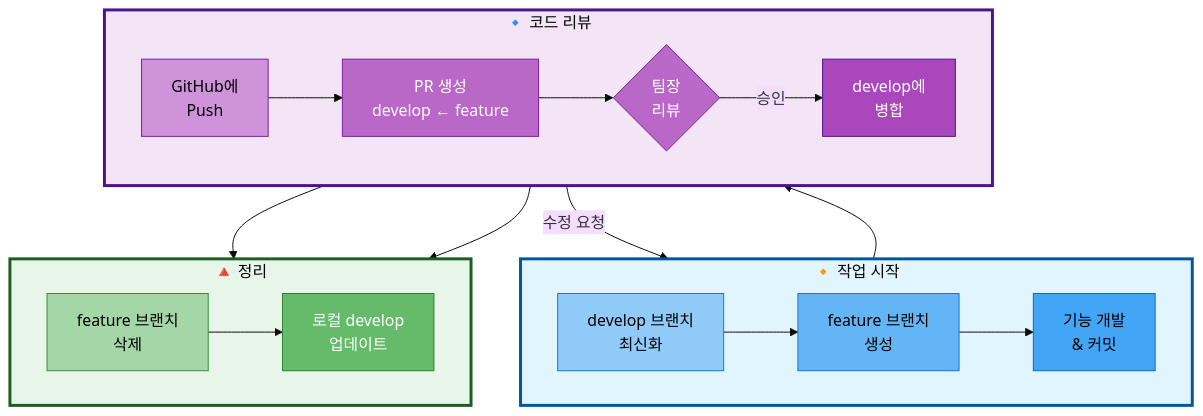
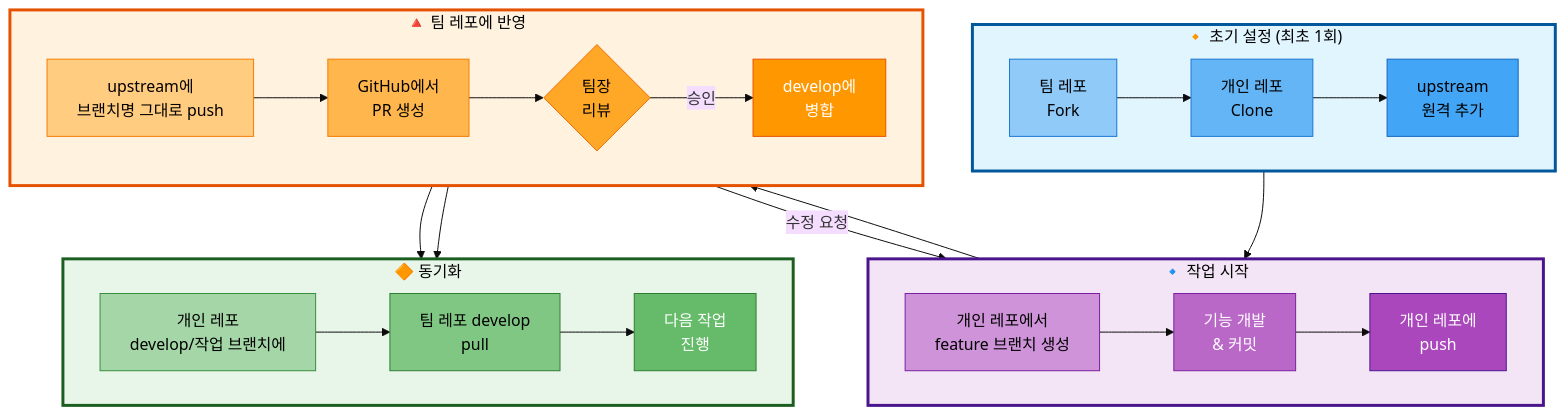
Before and after one commit to woghd8503/langchainproject-new-langchainproject_5: the diagram in docs/PRD/03_브랜치_전략.md, drawn with Mermaid (base theme). The commit also changed other lines of this file, not shown here.

First line of the commit message:
docs: 브랜치 전략을 Fork 기반 워크플로우로 전환

````diff
--- a/docs/PRD/03_브랜치_전략.md
+++ b/docs/PRD/03_브랜치_전략.md
@@ -80,42 +92,55 @@
 ```mermaid
 graph TB
-    subgraph Start["🔸 작업 시작"]
+    subgraph Init["🔸 초기 설정 (최초 1회)"]
         direction LR
-        A[develop 브랜치<br/>최신화] --> B[feature 브랜치<br/>생성]
-        B --> C[기능 개발<br/>& 커밋]
+        A1[팀 레포<br/>Fork] --> A2[개인 레포<br/>Clone]
+        A2 --> A3[upstream<br/>원격 추가]
     end
 
-    subgraph Review["🔹 코드 리뷰"]
+    subgraph Start["🔹 작업 시작"]
         direction LR
-        D[GitHub에<br/>Push] --> E[PR 생성<br/>develop ← feature]
-        E --> F{팀장<br/>리뷰}
-        F -->|승인| G[develop에<br/>병합]
-        F -->|수정 요청| C
+        B1[개인 레포에서<br/>feature 브랜치 생성] --> B2[기능 개발<br/>& 커밋]
+        B2 --> B3[개인 레포에<br/>push]
     end
 
-    subgraph Cleanup["🔺 정리"]
+    subgraph TeamRepo["🔺 팀 레포에 반영"]
         direction LR
-        G --> H[feature 브랜치<br/>삭제]
-        H --> I[로컬 develop<br/>업데이트]
+        C1[upstream에<br/>브랜치명 그대로 push] --> C2[GitHub에서<br/>PR 생성]
+        C2 --> C3{팀장<br/>리뷰}
+        C3 -->|승인| C4[develop에<br/>병합]
+        C3 -->|수정 요청| B2
+    end
+
+    subgraph Sync["🔶 동기화"]
+        direction LR
+        C4 --> D1[개인 레포<br/>develop/작업 브랜치에]
+        D1 --> D2[팀 레포 develop<br/>pull]
+        D2 --> D3[다음 작업<br/>진행]
     end
 
     %% 단계 간 연결
-    Start --> Review
-    Review --> Cleanup
+    Init --> Start
+    Start --> TeamRepo
+    TeamRepo --> Sync
 
     %% Subgraph 스타일
-    style Start fill:#e1f5ff,stroke:#01579b,stroke-width:3px,color:#000
-    style Review fill:#f3e5f5,stroke:#4a148c,stroke-width:3px,color:#000
-    style Cleanup fill:#e8f5e9,stroke:#1b5e20,stroke-width:3px,color:#000
+    style Init fill:#e1f5ff,stroke:#01579b,stroke-width:3px,color:#000
+    style Start fill:#f3e5f5,stroke:#4a148c,stroke-width:3px,color:#000
+    style TeamRepo fill:#fff3e0,stroke:#e65100,stroke-width:3px,color:#000
+    style Sync fill:#e8f5e9,stroke:#1b5e20,stroke-width:3px,color:#000
 
     %% 노드 스타일
-    style A fill:#90caf9,stroke:#1976d2,color:#000
-    style B fill:#64b5f6,stroke:#1976d2,color:#000
-    style C fill:#42a5f5,stroke:#1565c0,color:#000
-    style D fill:#ce93d8,stroke:#7b1fa2,color:#000
-    style E fill:#ba68c8,stroke:#7b1fa2,color:#fff
-    style F fill:#ba68c8,stroke:#7b1fa2,color:#fff
-    style G fill:#ab47bc,stroke:#4a148c,color:#fff
-    style H fill:#a5d6a7,stroke:#388e3c,color:#000
-    style I fill:#66bb6a,stroke:#2e7d32,color:#fff
+    style A1 fill:#90caf9,stroke:#1976d2,color:#000
+    style A2 fill:#64b5f6,stroke:#1976d2,color:#000
+    style A3 fill:#42a5f5,stroke:#1565c0,color:#000
+    style B1 fill:#ce93d8,stroke:#7b1fa2,color:#000
+    style B2 fill:#ba68c8,stroke:#7b1fa2,color:#fff
+    style B3 fill:#ab47bc,stroke:#4a148c,color:#fff
+    style C1 fill:#ffcc80,stroke:#f57c00,color:#000
+    style C2 fill:#ffb74d,stroke:#f57c00,color:#000
+    style C3 fill:#ffa726,stroke:#ef6c00,color:#000
+    style C4 fill:#ff9800,stroke:#e65100,color:#fff
+    style D1 fill:#a5d6a7,stroke:#388e3c,color:#000
+    style D2 fill:#81c784,stroke:#2e7d32,color:#000
+    style D3 fill:#66bb6a,stroke:#2e7d32,color:#fff
 ```
````
